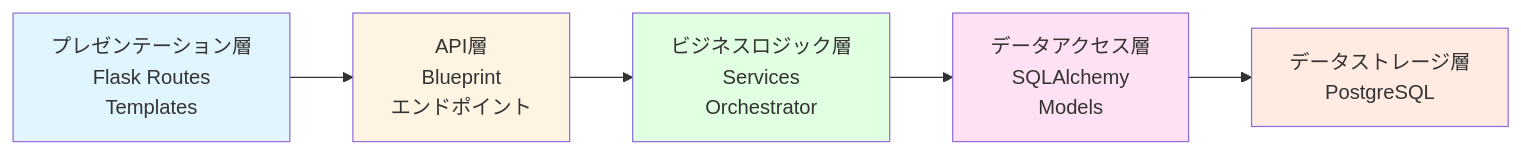
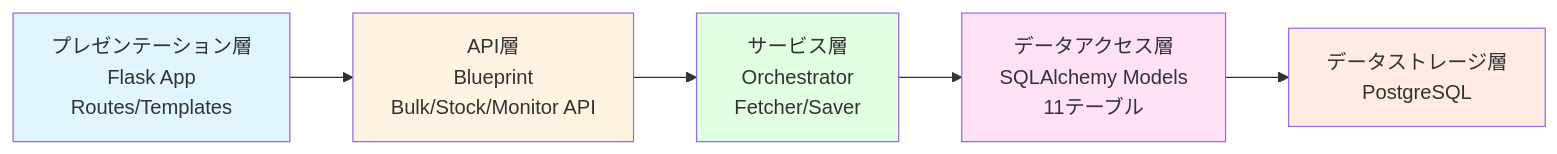
One commit to TIMMY-WEST/STOCK-INVESTMENT-ANALYZER changed the third of 3 diagrams in docs/architecture/architecture_overview.md. Above: the diagram before and after it, drawn with Mermaid. The commit also changed other lines of this file, not shown here.

Commit message:
fix architecture doc

````diff
--- a/docs/architecture/architecture_overview.md
+++ b/docs/architecture/architecture_overview.md
@@ -164,16 +178,16 @@
 ```mermaid
 graph LR
-    A[プレゼンテーション層<br/>Flask Routes<br/>Templates]
-    B[API層<br/>Blueprint<br/>エンドポイント]
-    C[ビジネスロジック層<br/>Services<br/>Orchestrator]
-    D[データアクセス層<br/>SQLAlchemy<br/>Models]
+    A[プレゼンテーション層<br/>Flask App<br/>Routes/Templates]
+    B[API層<br/>Blueprint<br/>Bulk/Stock/Monitor API]
+    C[サービス層<br/>Orchestrator<br/>Fetcher/Saver]
+    D[データアクセス層<br/>SQLAlchemy Models<br/>11テーブル]
     E[データストレージ層<br/>PostgreSQL]
 
     A --> B --> C --> D --> E
 
     style A fill:#e1f5ff
     style B fill:#fff4e1
     style C fill:#e1ffe1
     style D fill:#ffe1f5
     style E fill:#ffebe1
 ```
````
